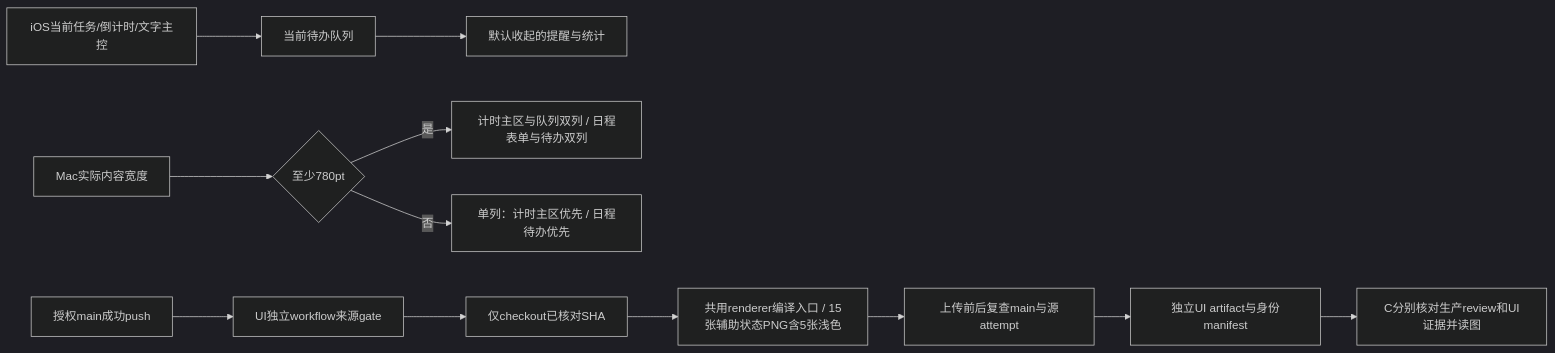
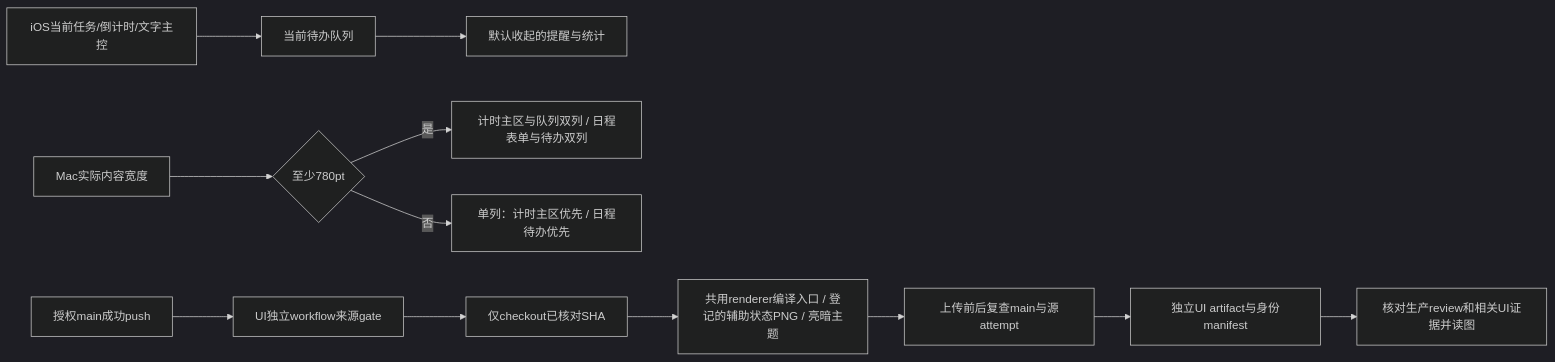
Before and after one commit to Altman-sam114/114: the sixth of 14 diagrams in md/flow/flowchart.md, drawn with Mermaid (dark theme). The commit also changed other lines of this file and 8 other files, not shown here.

````diff
--- a/md/flow/flowchart.md
+++ b/md/flow/flowchart.md
@@ -101,14 +101,14 @@
 ```mermaid
 flowchart LR
   IOS[iOS当前任务/倒计时/文字主控] --> QUEUE[当前待办队列]
   QUEUE --> REMIND[默认收起的提醒与统计]
   MAC[Mac实际内容宽度] --> WIDTH{至少780pt}
   WIDTH -->|是| TWO[计时主区与队列双列 / 日程表单与待办双列]
   WIDTH -->|否| ONE[单列：计时主区优先 / 日程待办优先]
   PUSH[授权main成功push] --> GATE[UI独立workflow来源gate]
   GATE --> SHA[仅checkout已核对SHA]
-  SHA --> RENDER[共用renderer编译入口 / 15张辅助状态PNG含5张浅色]
+  SHA --> RENDER[共用renderer编译入口 / 登记的辅助状态PNG / 亮暗主题]
   RENDER --> CHECK[上传前后复查main与源attempt]
   CHECK --> UIART[独立UI artifact与身份manifest]
-  UIART --> C[C分别核对生产review和UI证据并读图]
+  UIART --> REVIEW[核对生产review和相关UI证据并读图]
 ```
````
